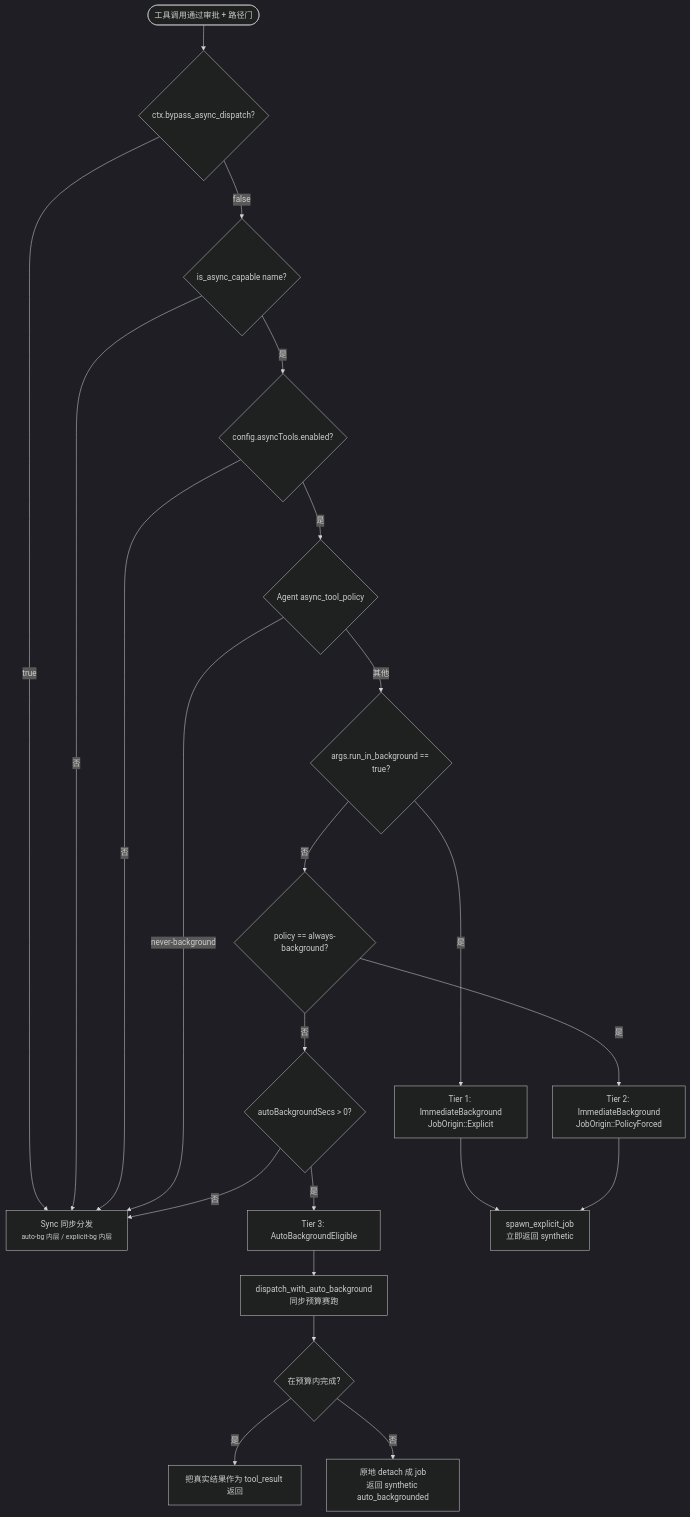
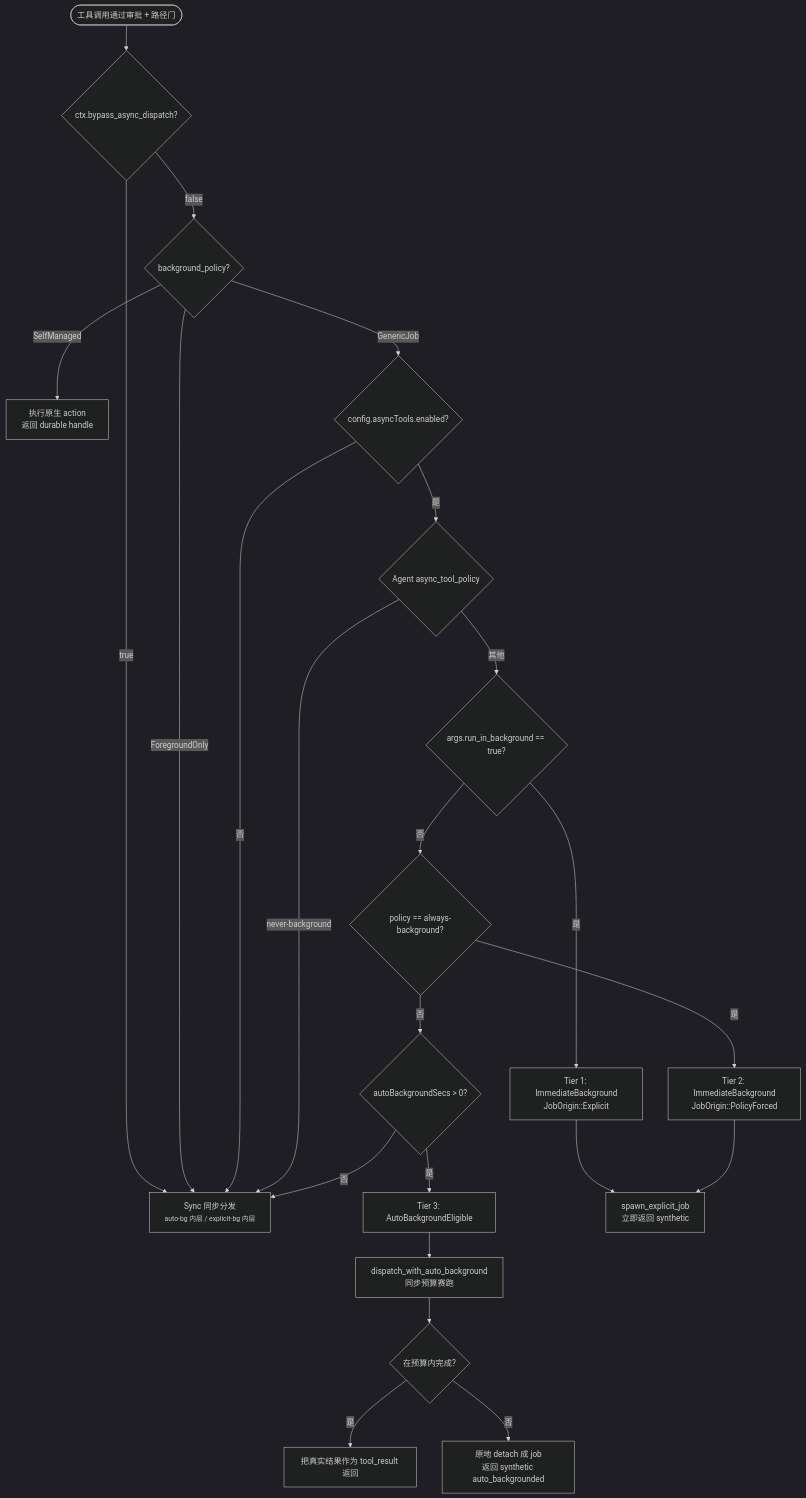
The fourth of 12 diagrams in docs/architecture/tool-system.md (shiwenwen/hope-agent), drawn with Mermaid (dark theme) before and after one commit. The commit also changed other lines of this file and 41 other files, not shown here.

Commit message:
refactor(tools): distinguish self-managed async work

````diff
--- a/docs/architecture/tool-system.md
+++ b/docs/architecture/tool-system.md
@@ -493,27 +504,28 @@
 ```mermaid
 flowchart TD
     Start([工具调用通过审批 + 路径门]) --> CheckBypass{ctx.bypass_async_dispatch?}
     CheckBypass -- true --> SyncPath[Sync 同步分发<br/><small>auto-bg 内层 / explicit-bg 内层</small>]
-    CheckBypass -- false --> CheckCap{is_async_capable name?}
-    CheckCap -- 否 --> SyncPath
-    CheckCap -- 是 --> CheckEnabled{config.asyncTools.enabled?}
+    CheckBypass -- false --> CheckCap{background_policy?}
+    CheckCap -- ForegroundOnly --> SyncPath
+    CheckCap -- SelfManaged --> NativeHandle[执行原生 action<br/>返回 durable handle]
+    CheckCap -- GenericJob --> CheckEnabled{config.asyncTools.enabled?}
     CheckEnabled -- 否 --> SyncPath
     CheckEnabled -- 是 --> CheckPolicy{Agent async_tool_policy}
     CheckPolicy -- never-background --> SyncPath
     CheckPolicy -- "其他" --> CheckExplicit{args.run_in_background == true?}
     CheckExplicit -- 是 --> Tier1[Tier 1: ImmediateBackground<br/>JobOrigin::Explicit]
     CheckExplicit -- 否 --> CheckAlways{policy == always-background?}
     CheckAlways -- 是 --> Tier2[Tier 2: ImmediateBackground<br/>JobOrigin::PolicyForced]
     CheckAlways -- 否 --> CheckBudget{autoBackgroundSecs > 0?}
     CheckBudget -- 否 --> SyncPath
     CheckBudget -- 是 --> Tier3[Tier 3: AutoBackgroundEligible]
 
     Tier1 --> ExplicitSpawn[spawn_explicit_job<br/>立即返回 synthetic]
     Tier2 --> ExplicitSpawn
     Tier3 --> AutoBgRun[dispatch_with_auto_background<br/>同步预算赛跑]
 
     AutoBgRun --> Race{在预算内完成?}
     Race -- 是 --> InlineResult[把真实结果作为 tool_result 返回]
     Race -- 否 --> AutoBgDetach[原地 detach 成 job<br/>返回 synthetic auto_backgrounded]
 
 ```
````
